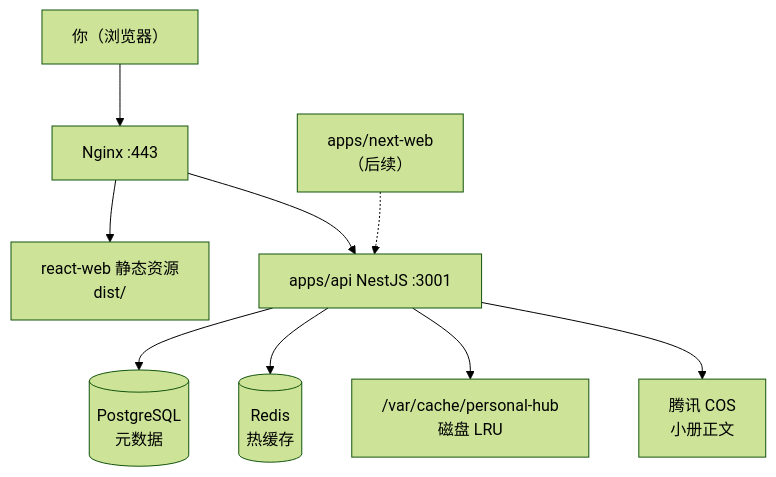
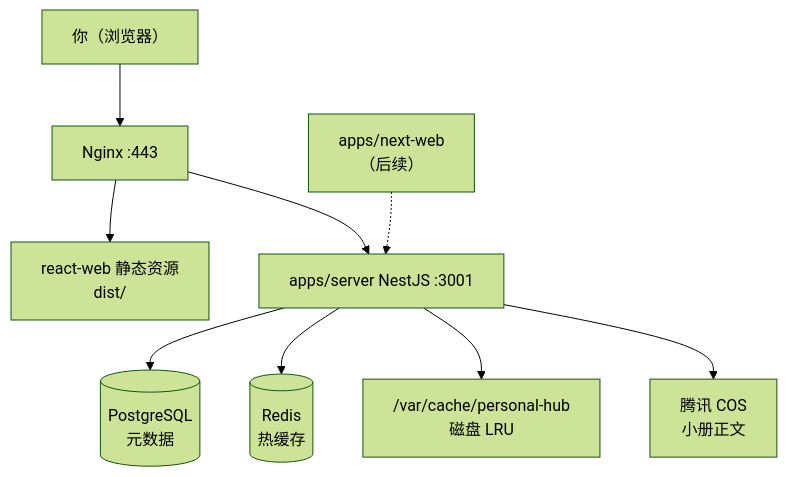
The third of 5 diagrams in docs/deploy/personal-remote-reading.md (orangejava/personal-hub), drawn with Mermaid (forest theme) before and after one commit. The commit also changed other lines of this file and 47 other files, not shown here.

````diff
--- a/docs/deploy/personal-remote-reading.md
+++ b/docs/deploy/personal-remote-reading.md
@@ -351,11 +367,11 @@
 ```mermaid
 flowchart TB
     User["你（浏览器）"] --> Nginx["Nginx :443"]
     Nginx --> React["react-web 静态资源<br/>dist/"]
-    Nginx --> Api["apps/api NestJS :3001"]
+    Nginx --> Api["apps/server NestJS :3001"]
     Api --> PG[("PostgreSQL<br/>元数据")]
     Api --> Redis[("Redis<br/>热缓存")]
     Api --> Disk["/var/cache/personal-hub<br/>磁盘 LRU"]
     Api --> COS["腾讯 COS<br/>小册正文"]
     Next["apps/next-web<br/>（后续）"] -.-> Api
 ```
````
